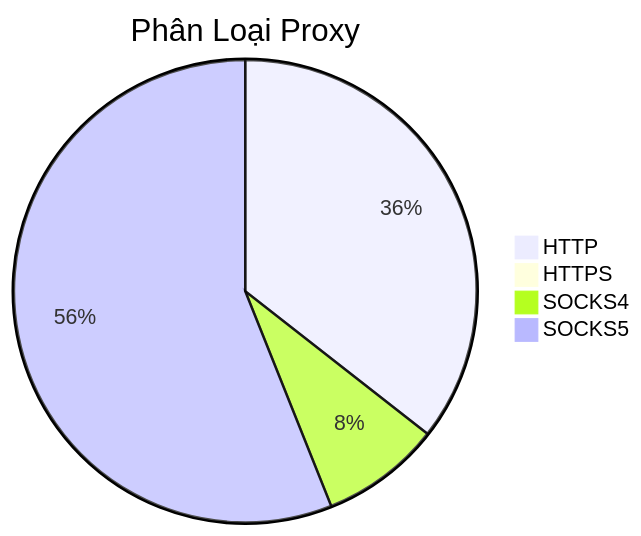
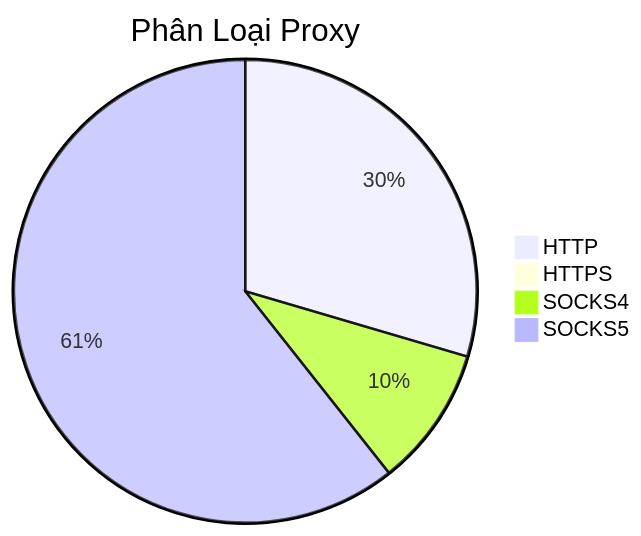
The diagram in README.md (Ciara-Aa/PROXY-free), drawn with Mermaid before and after one commit. The commit also changed other lines of this file and 4 other files, not shown here.

````diff
--- a/README.md
+++ b/README.md
@@ -26,7 +26,7 @@
 ```mermaid
 pie title Phân Loại Proxy
-    "HTTP" : 1262
-    "HTTPS" : 1
-    "SOCKS4" : 297
-    "SOCKS5" : 1989
+    "HTTP" : 935
+    "HTTPS" : 3
+    "SOCKS4" : 310
+    "SOCKS5" : 1919
 ```
````
